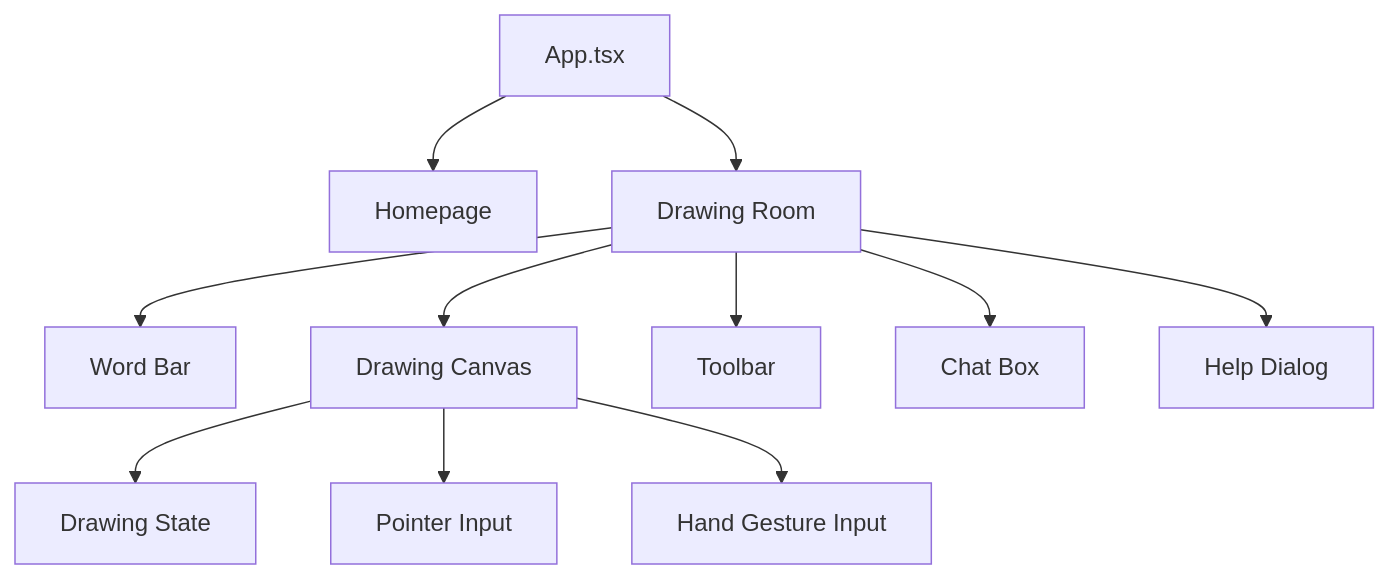
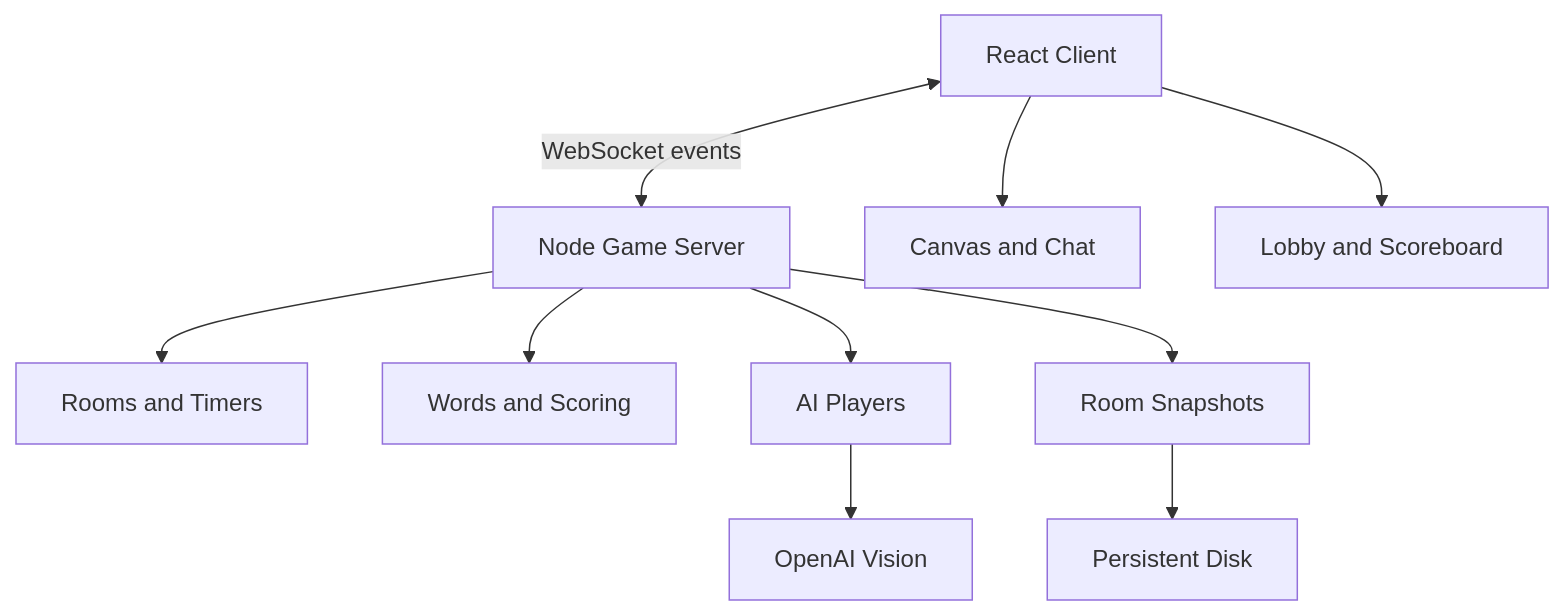
One commit to Sanjana-Gondariya/Moodle changed the diagram in README.md. Above: the diagram before and after it, drawn with Mermaid. The commit also changed other lines of this file, not shown here.

````diff
--- a/README.md
+++ b/README.md
@@ -19,13 +20,12 @@
 ```mermaid
 flowchart TD
-  A["App.tsx"] --> B["Homepage"]
-  A --> C["Drawing Room"]
-  C --> D["Word Bar"]
-  C --> E["Drawing Canvas"]
-  C --> F["Toolbar"]
-  C --> G["Chat Box"]
-  C --> H["Help Dialog"]
-  E --> I["Drawing State"]
-  E --> J["Pointer Input"]
-  E --> K["Hand Gesture Input"]
+  A["React Client"] <-->|"WebSocket events"| B["Node Game Server"]
+  A --> C["Canvas and Chat"]
+  A --> D["Lobby and Scoreboard"]
+  B --> E["Rooms and Timers"]
+  B --> F["Words and Scoring"]
+  B --> G["AI Players"]
+  B --> H["Room Snapshots"]
+  G --> I["OpenAI Vision"]
+  H --> J["Persistent Disk"]
 ```
````
